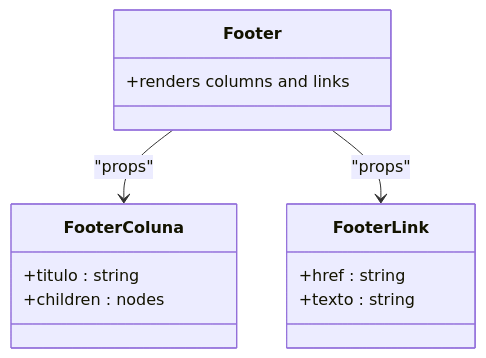
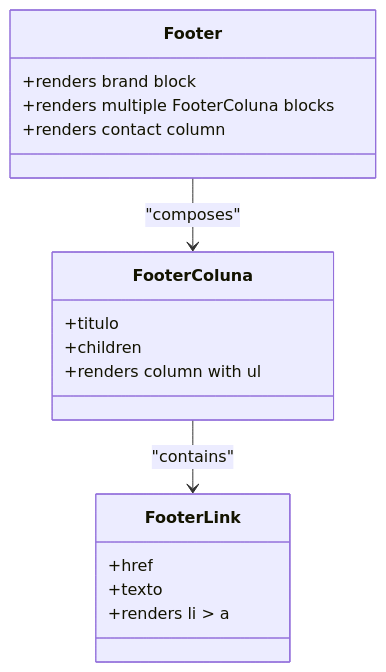
Diagram 11 of 12 in .qoder/repowiki/en/content/Component Architecture/Component Architecture.md (isadorabassoasseiro-boop/OptiCode), drawn with Mermaid before and after one commit. The commit also changed other lines of this file and 35 other files, not shown here.

````diff
--- a/.qoder/repowiki/en/content/Component Architecture/Component Architecture.md
+++ b/.qoder/repowiki/en/content/Component Architecture/Component Architecture.md
@@ -395,16 +381,20 @@
 ```mermaid
 classDiagram
 class Footer {
-+renders columns and links
++renders brand block
++renders multiple FooterColuna blocks
++renders contact column
 }
 class FooterColuna {
-+titulo : string
-+children : nodes
++titulo
++children
++renders column with ul
 }
 class FooterLink {
-+href : string
-+texto : string
++href
++texto
++renders li > a
 }
-Footer --> FooterColuna : "props"
-Footer --> FooterLink : "props"
+Footer --> FooterColuna : "composes"
+FooterColuna --> FooterLink : "contains"
 ```
````
